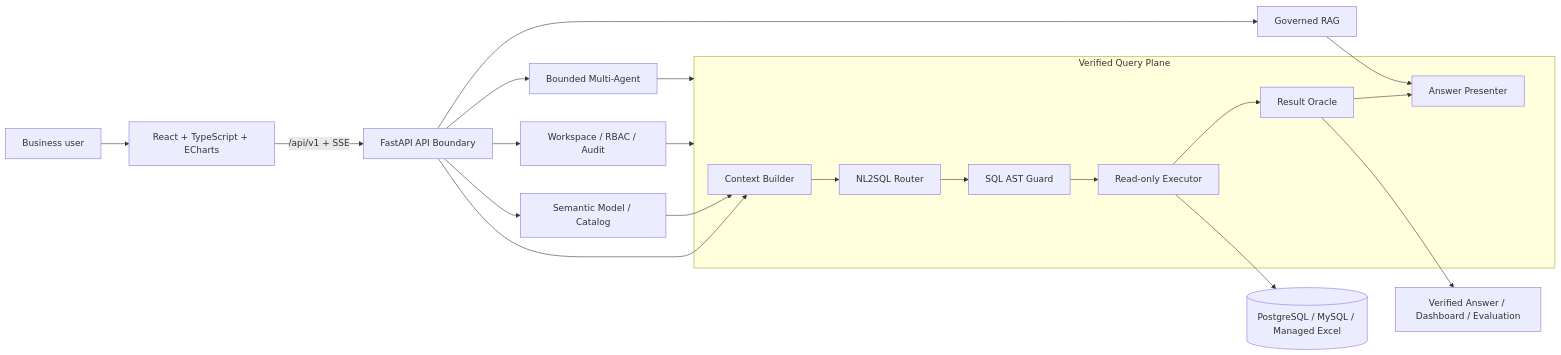
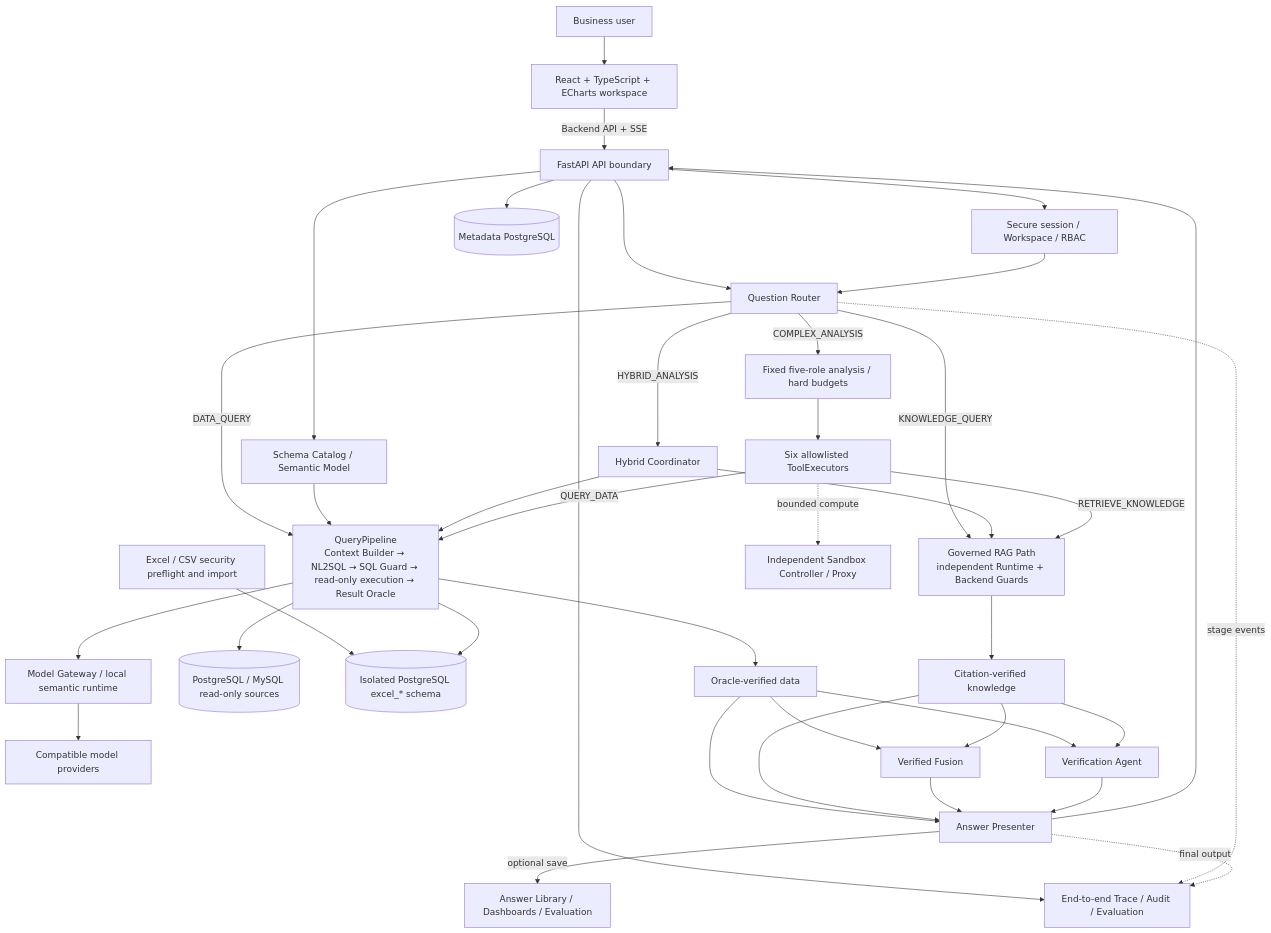
One commit to wyg916/ChatBI-V2 changed the first of 2 diagrams in README.en.md. Above: the diagram before and after it, drawn with Mermaid. The commit also changed other lines of this file and 1 other file, not shown here.

Commit message:
docs: prepare native video and trusted query flows

````diff
--- a/README.en.md
+++ b/README.en.md
@@ -64,26 +56,47 @@
 ```mermaid
-flowchart LR
-    U[Business user] --> FE[React + TypeScript + ECharts]
-    FE -->|/api/v1 + SSE| API[FastAPI API Boundary]
+flowchart TB
+    U[Business user] --> FE[React + TypeScript + ECharts workspace]
+    FE -->|Backend API + SSE| API[FastAPI API boundary]
 
-    subgraph QP[Verified Query Plane]
-      CTX[Context Builder] --> N2S[NL2SQL Router]
-      N2S --> SG[SQL AST Guard]
-      SG --> EX[Read-only Executor]
-      EX --> RO[Result Oracle]
-      RO --> AP[Answer Presenter]
-    end
+    API --> IAM[Secure session / Workspace / RBAC]
+    API --> SEM[Schema Catalog / Semantic Model]
+    API --> ROUTE[Question Router]
+    API --> META[(Metadata PostgreSQL)]
+    API --> OBS[End-to-end Trace / Audit / Evaluation]
 
-    API --> CTX
-    API --> SEM[Semantic Model / Catalog]
-    API --> GOV[Workspace / RBAC / Audit]
-    API --> RAG[Governed RAG]
-    API --> AG[Bounded Multi-Agent]
+    ROUTE -->|DATA_QUERY| QP[QueryPipeline<br/>Context Builder → NL2SQL → SQL Guard → read-only execution → Result Oracle]
+    ROUTE -->|KNOWLEDGE_QUERY| RAG[Governed RAG Path<br/>independent Runtime + Backend Guards]
+    ROUTE -->|HYBRID_ANALYSIS| HYBRID[Hybrid Coordinator]
+    ROUTE -->|COMPLEX_ANALYSIS| AGENT[Fixed five-role analysis / hard budgets]
 
-    SEM --> CTX
-    GOV --> QP
-    RAG --> AP
-    AG --> QP
-    EX --> DS[(PostgreSQL / MySQL / Managed Excel)]
-    RO --> VA[Verified Answer / Dashboard / Evaluation]
+    IAM --> ROUTE
+    SEM --> QP
+    QP --> MG[Model Gateway / local semantic runtime]
+    MG --> PROVIDER[Compatible model providers]
+    QP --> DB[(PostgreSQL / MySQL read-only sources)]
+    IMPORT[Excel / CSV security preflight and import] --> MANAGED[(Isolated PostgreSQL excel_* schema)]
+    QP --> MANAGED
+
+    HYBRID --> QP
+    HYBRID --> RAG
+    QP --> DATAEVID[Oracle-verified data]
+    RAG --> KNOWEVID[Citation-verified knowledge]
+    DATAEVID --> FUSION[Verified Fusion]
+    KNOWEVID --> FUSION
+
+    AGENT --> TOOLS[Six allowlisted ToolExecutors]
+    TOOLS -->|QUERY_DATA| QP
+    TOOLS -->|RETRIEVE_KNOWLEDGE| RAG
+    TOOLS -. bounded compute .-> SANDBOX[Independent Sandbox Controller / Proxy]
+    DATAEVID --> VERIFY[Verification Agent]
+    KNOWEVID --> VERIFY
+
+    DATAEVID --> PRESENT[Answer Presenter]
+    KNOWEVID --> PRESENT
+    FUSION --> PRESENT
+    VERIFY --> PRESENT
+    PRESENT -->|optional save| LIB[Answer Library / Dashboards / Evaluation]
+    PRESENT --> API
+    ROUTE -. stage events .-> OBS
+    PRESENT -. final output .-> OBS
 ```
````
